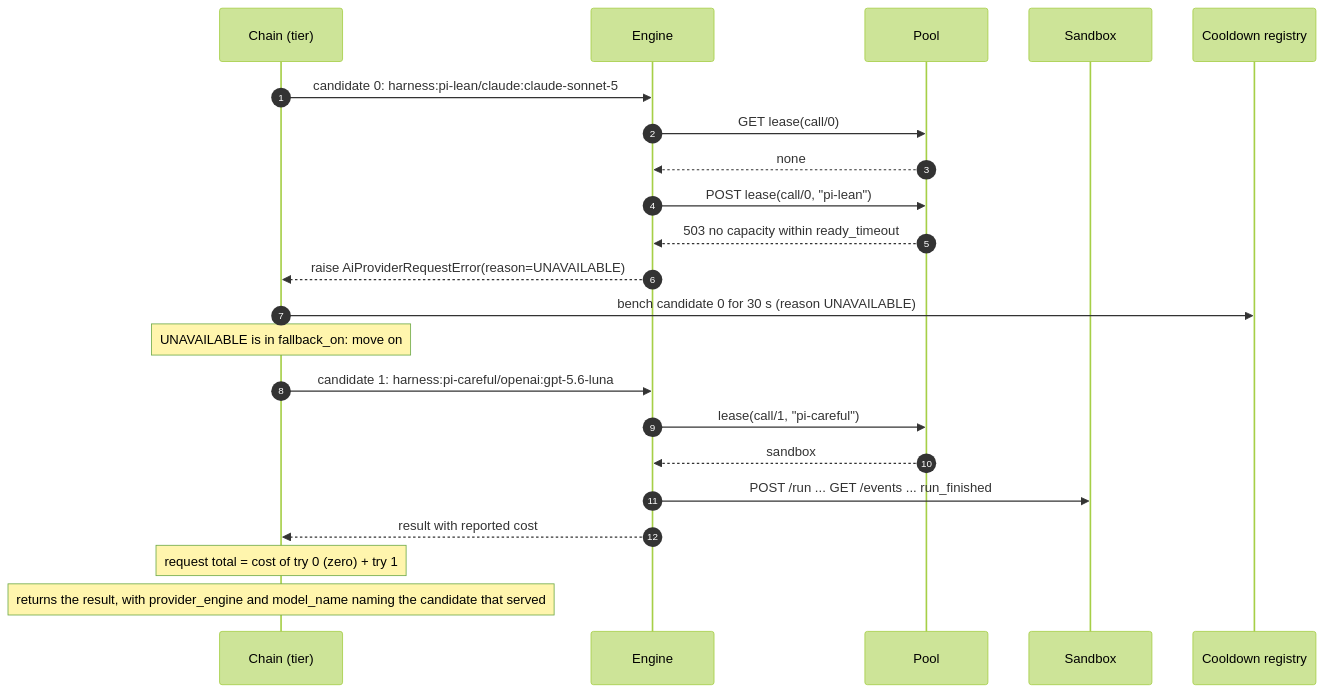
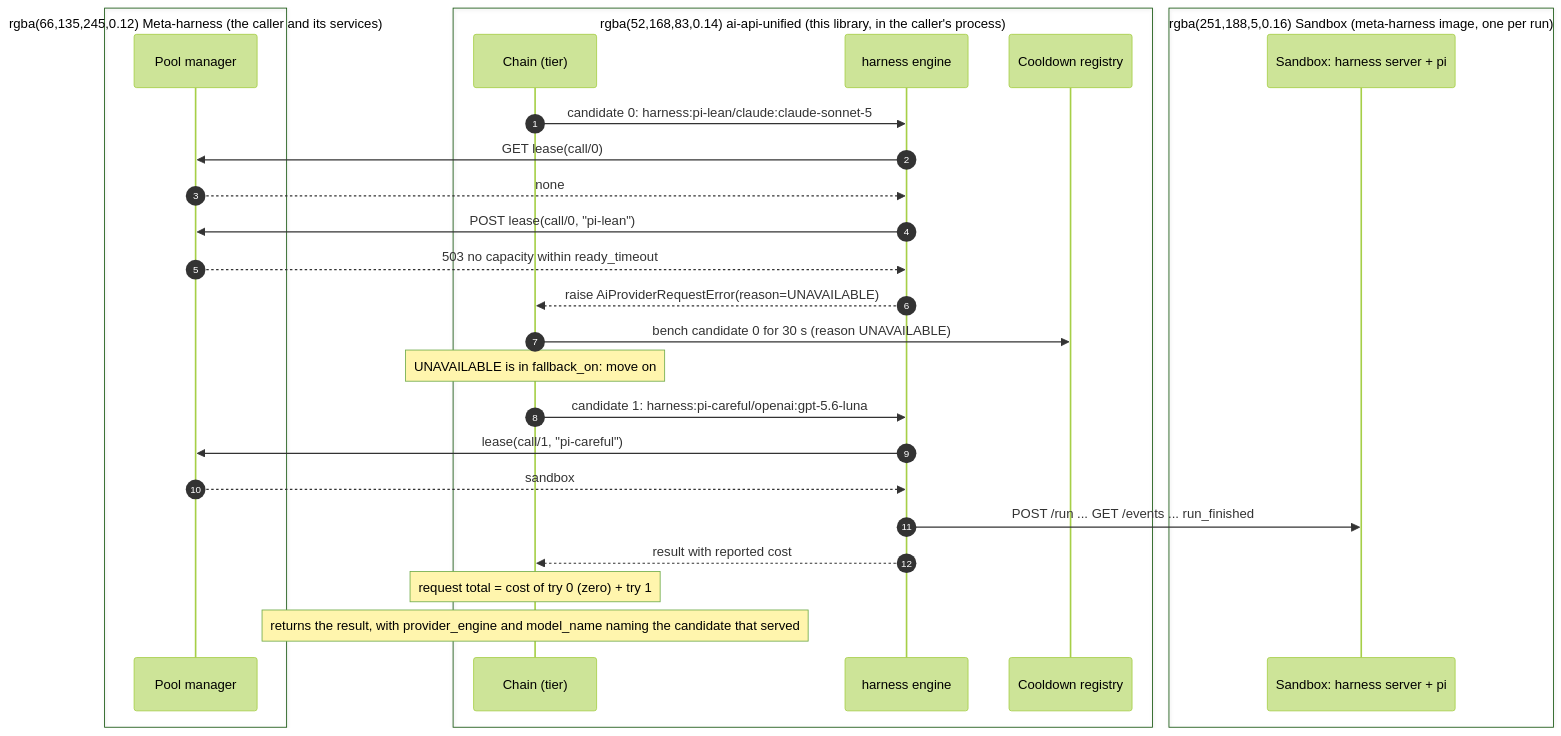
The second of 8 diagrams in docs/harness_engine_design.md (davecthomas/ai-api-unified), drawn with Mermaid (forest theme) before and after one commit. The commit also changed other lines of this file, not shown here.

First line of the commit message:
docs/harness-engine-sequences: group sequence participants by owner

````diff
--- a/docs/harness_engine_design.md
+++ b/docs/harness_engine_design.md
@@ -134,25 +147,31 @@
 ```mermaid
 sequenceDiagram
     autonumber
+    box rgba(66,135,245,0.12) Meta-harness (the caller and its services)
+    participant P as Pool manager
+    end
+    box rgba(52,168,83,0.14) ai-api-unified (this library, in the caller's process)
     participant F as Chain (tier)
-    participant E as Engine
-    participant P as Pool
-    participant S as Sandbox
+    participant E as harness engine
     participant CD as Cooldown registry
+    end
+    box rgba(251,188,5,0.16) Sandbox (meta-harness image, one per run)
+    participant S as Sandbox: harness server + pi
+    end
 
     F->>E: candidate 0: harness:pi-lean/claude:claude-sonnet-5
     E->>P: GET lease(call/0)
     P-->>E: none
     E->>P: POST lease(call/0, "pi-lean")
     P-->>E: 503 no capacity within ready_timeout
     E-->>F: raise AiProviderRequestError(reason=UNAVAILABLE)
     F->>CD: bench candidate 0 for 30 s (reason UNAVAILABLE)
     Note over F: UNAVAILABLE is in fallback_on: move on
     F->>E: candidate 1: harness:pi-careful/openai:gpt-5.6-luna
     E->>P: lease(call/1, "pi-careful")
     P-->>E: sandbox
     E->>S: POST /run ... GET /events ... run_finished
     E-->>F: result with reported cost
     Note over F: request total = cost of try 0 (zero) + try 1
     Note over F: returns the result, with provider_engine and model_name naming the candidate that served
 ```
````
